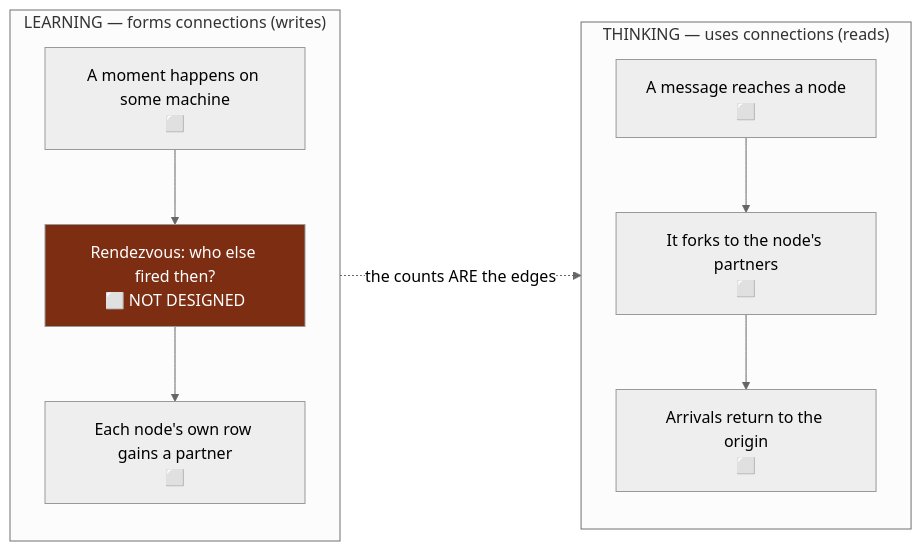
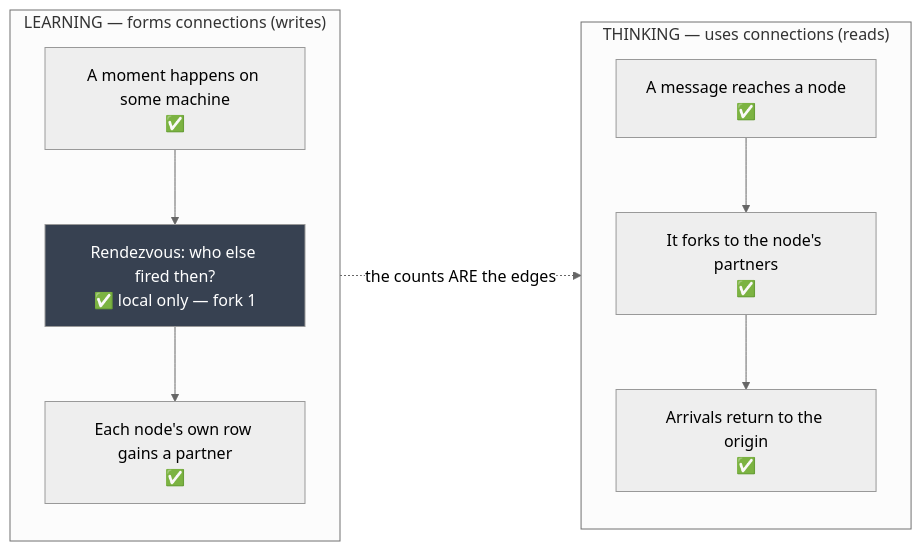
The first of 2 diagrams in docs/architecture.md (Mako88/open-plexus), drawn with Mermaid (neutral theme) before and after one commit. The commit also changed other lines of this file and 5 other files, not shown here.

````diff
--- a/docs/architecture.md
+++ b/docs/architecture.md
@@ -45,22 +45,22 @@
 ```mermaid
 flowchart LR
     subgraph L["LEARNING — forms connections (writes)"]
         direction TB
-        Obs["A moment happens on some machine<br/>⬜"]
-        Rendez["Rendezvous: who else fired then?<br/>⬜ NOT DESIGNED"]
-        Rows["Each node's own row gains a partner<br/>⬜"]
+        Obs["A moment happens on some machine<br/>✅"]
+        Rendez["Rendezvous: who else fired then?<br/>✅ local only — fork 1"]
+        Rows["Each node's own row gains a partner<br/>✅"]
         Obs --> Rendez --> Rows
     end
 
     subgraph T["THINKING — uses connections (reads)"]
         direction TB
-        Fire["A message reaches a node<br/>⬜"]
-        Fork["It forks to the node's partners<br/>⬜"]
-        Back["Arrivals return to the origin<br/>⬜"]
+        Fire["A message reaches a node<br/>✅"]
+        Fork["It forks to the node's partners<br/>✅"]
+        Back["Arrivals return to the origin<br/>✅"]
         Fire --> Fork --> Back
     end
 
     Rows -.->|"the counts ARE the edges"| Fire
 
-    style Rendez fill:#7c2d12,color:#fff
+    style Rendez fill:#374151,color:#fff
 ```
````
